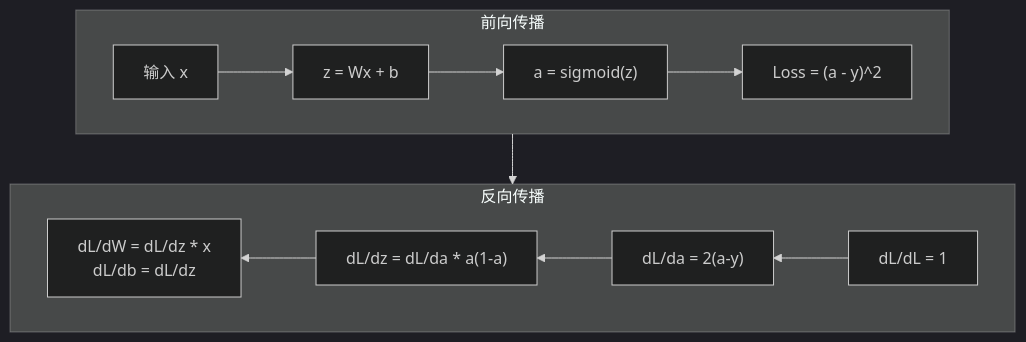
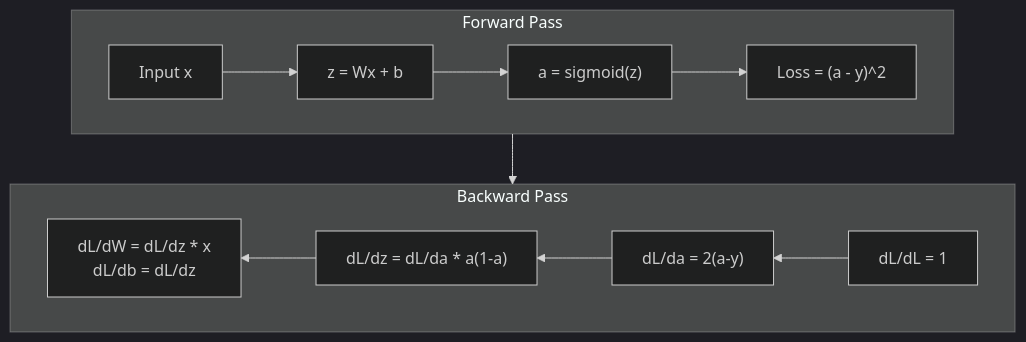
The second of 3 diagrams in i18n/zh/phases/03-deep-learning-core/03-backpropagation/docs/zh.md (xiaojiaenen/ai-engineering-from-scratch-zh), drawn with Mermaid (dark theme) before and after one commit. The commit also changed other lines of this file and 13 other files, not shown here.

````diff
--- a/i18n/zh/phases/03-deep-learning-core/03-backpropagation/docs/zh.md
+++ b/i18n/zh/phases/03-deep-learning-core/03-backpropagation/docs/zh.md
@@ -56,16 +56,16 @@
 ```mermaid
 graph TB
-    subgraph Forward["前向传播"]
+    subgraph Forward["Forward Pass"]
         direction LR
-        f1["输入 x"] --> f2["z = Wx + b"]
+        f1["Input x"] --> f2["z = Wx + b"]
         f2 --> f3["a = sigmoid(z)"]
         f3 --> f4["Loss = (a - y)^2"]
     end
-    subgraph Backward["反向传播"]
+    subgraph Backward["Backward Pass"]
         direction RL
         b4["dL/dL = 1"] --> b3["dL/da = 2(a-y)"]
         b3 --> b2["dL/dz = dL/da * a(1-a)"]
         b2 --> b1["dL/dW = dL/dz * x\ndL/db = dL/dz"]
     end
     Forward --> Backward
 ```
````
